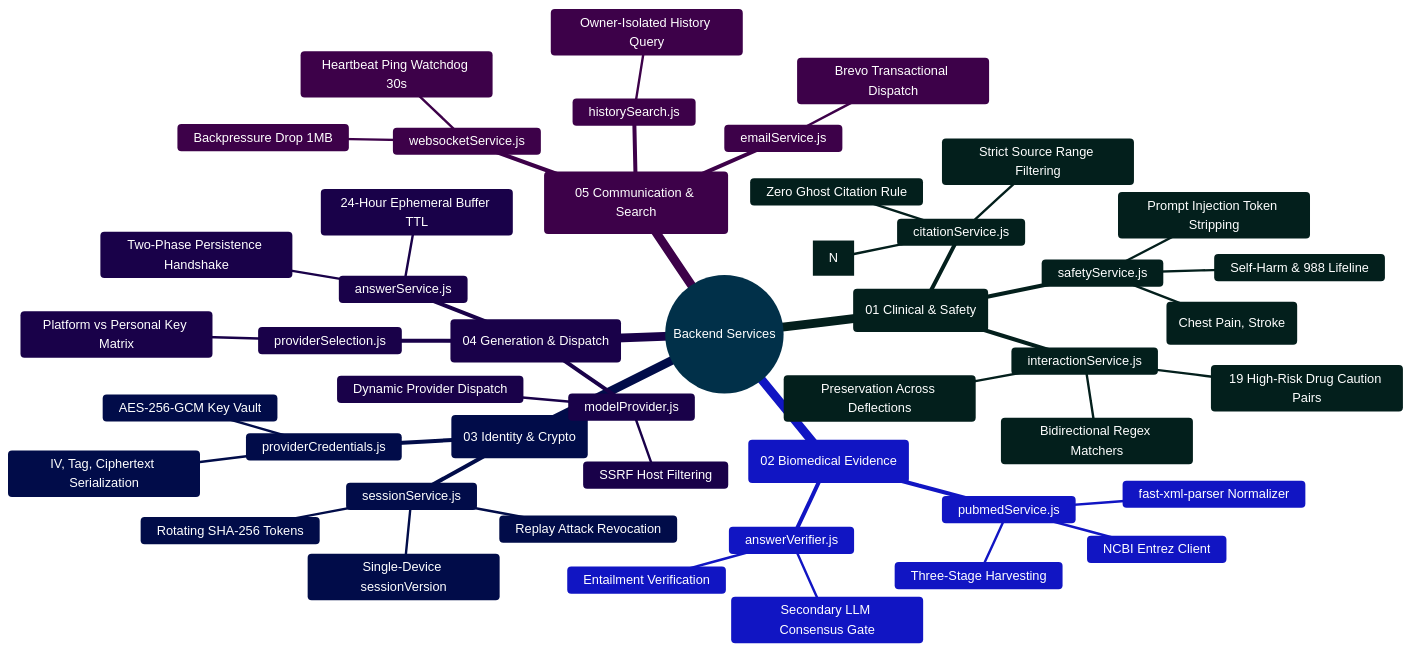
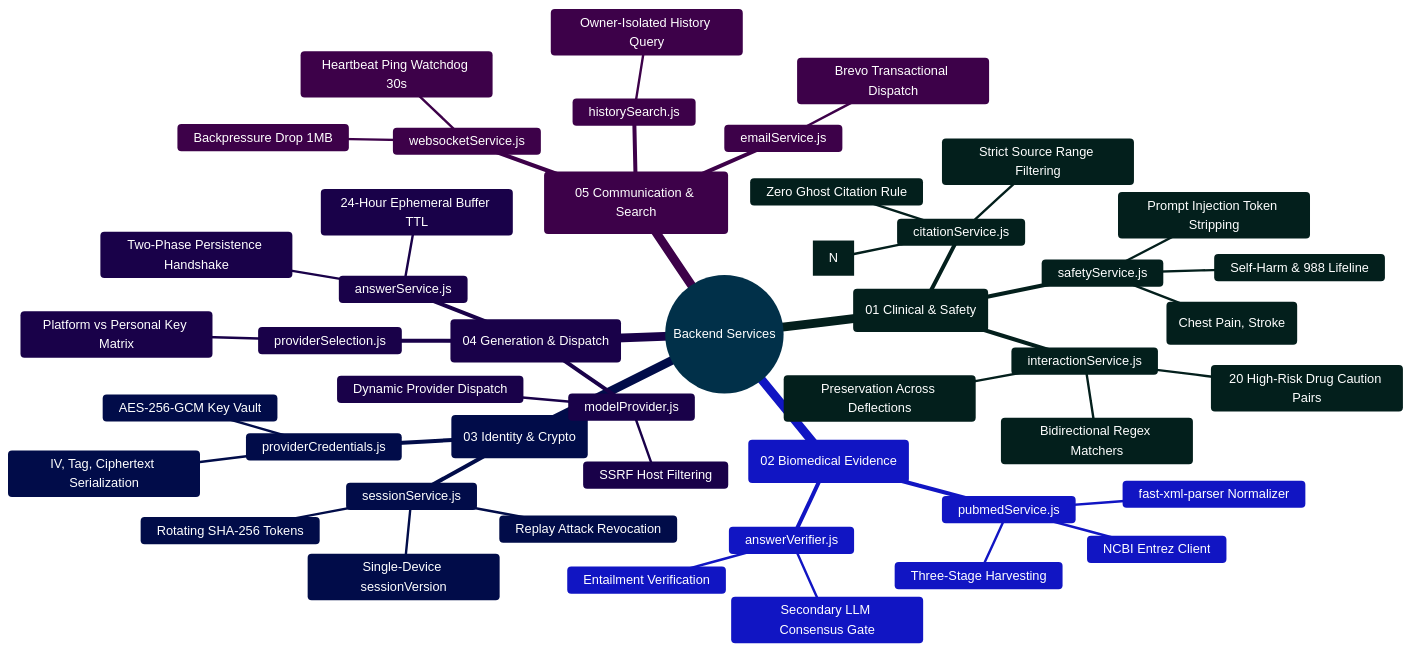
The diagram in backend/services/README.md (Ganesh172919/React-App-LLM), drawn with Mermaid before and after one commit. The commit also changed other lines of this file and 53 other files, not shown here.

````diff
--- a/backend/services/README.md
+++ b/backend/services/README.md
@@ -65,52 +65,52 @@
 ```mermaid
 %%{init: {'theme': 'base', 'themeVariables': { 'primaryColor': '#0284c7', 'primaryTextColor': '#ffffff', 'primaryBorderColor': '#0369a1', 'lineColor': '#0284c7', 'secondaryColor': '#0d9488', 'tertiaryColor': '#6366f1' }}}%%
 mindmap
   root((Backend Services))
     ::icon(fa fa-server)
     (01 Clinical & Safety)
       safetyService.js
         Self-Harm & 988 Lifeline
         Emergency Deflections (Chest Pain, Stroke)
         Prompt Injection Token Stripping
       interactionService.js
-        19 High-Risk Drug Caution Pairs
+        20 High-Risk Drug Caution Pairs
         Bidirectional Regex Matchers
         Preservation Across Deflections
       citationService.js
         Numerical Bracket Matcher [N]
         Zero Ghost Citation Rule
         Strict Source Range Filtering
     (02 Biomedical Evidence)
       pubmedService.js
         NCBI Entrez Client
         Three-Stage Harvesting
         fast-xml-parser Normalizer
       answerVerifier.js
         Secondary LLM Consensus Gate
         Entailment Verification
     (03 Identity & Crypto)
       sessionService.js
         Single-Device sessionVersion
         Rotating SHA-256 Tokens
         Replay Attack Revocation
       providerCredentials.js
         AES-256-GCM Key Vault
         IV, Tag, Ciphertext Serialization
     (04 Generation & Dispatch)
       answerService.js
         Two-Phase Persistence Handshake
         24-Hour Ephemeral Buffer TTL
       modelProvider.js
         Dynamic Provider Dispatch
         SSRF Host Filtering
       providerSelection.js
         Platform vs Personal Key Matrix
     (05 Communication & Search)
       websocketService.js
         Heartbeat Ping Watchdog 30s
         Backpressure Drop 1MB
       historySearch.js
         Owner-Isolated History Query
       emailService.js
         Brevo Transactional Dispatch
 ```
````
